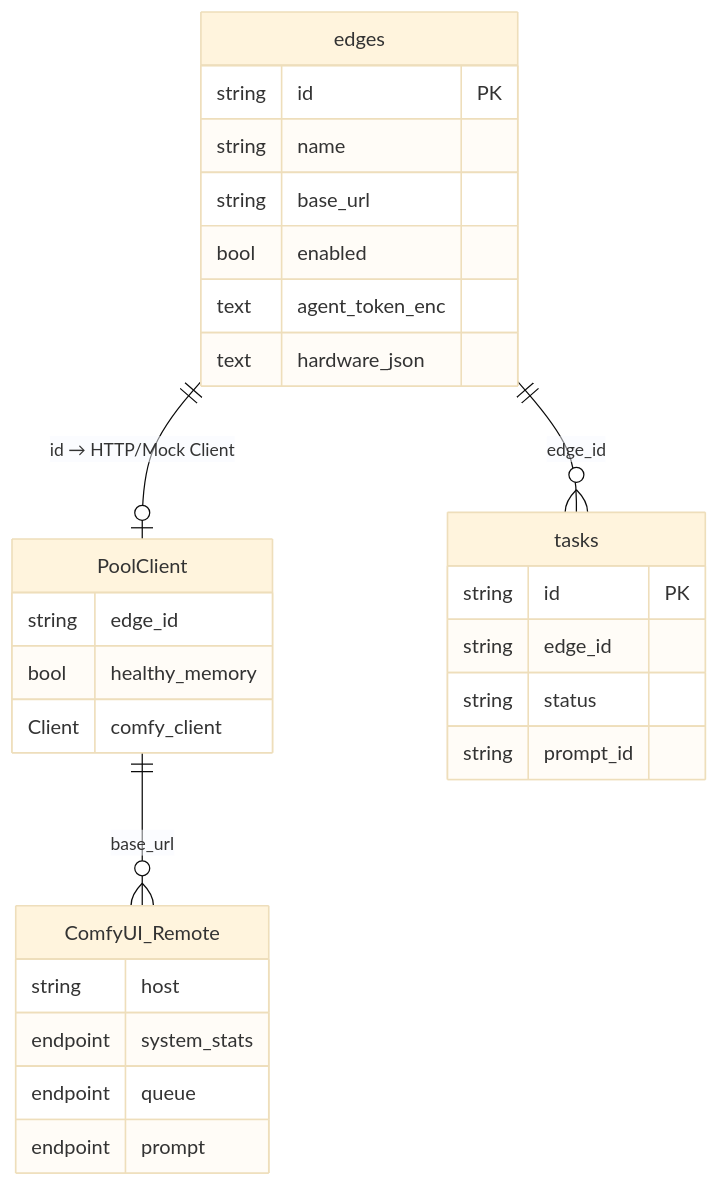
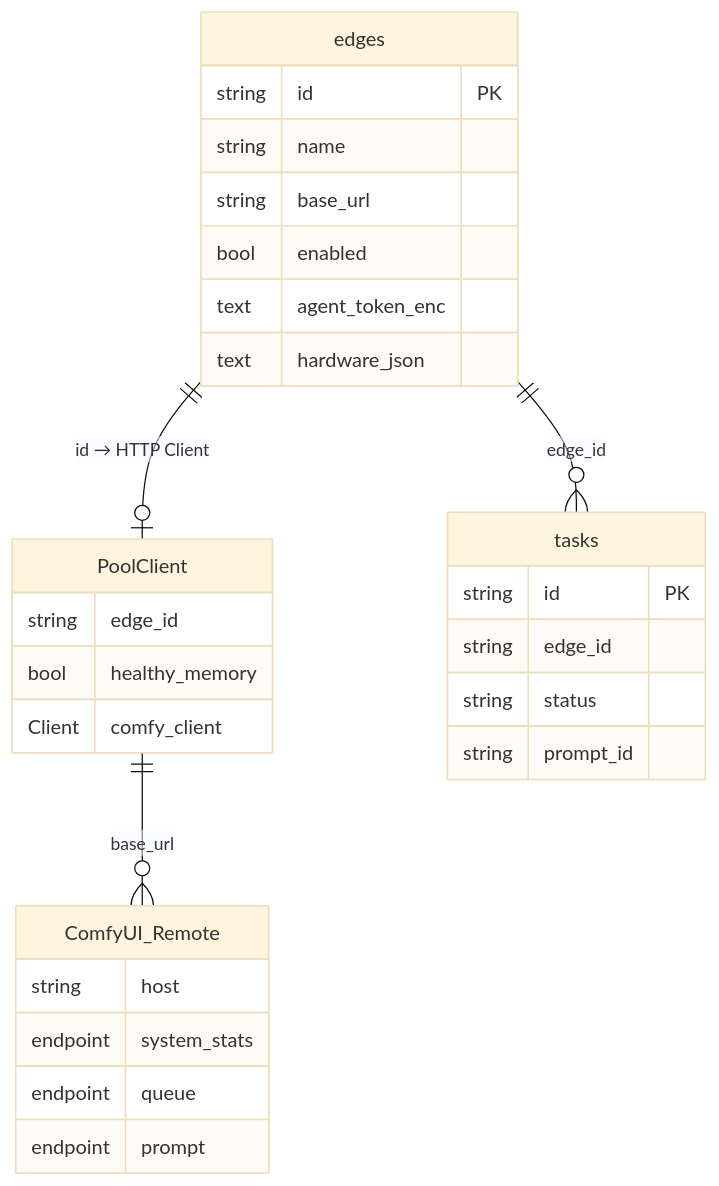
The second of 3 diagrams in docs/architecture/data-model.md (Mr9esx/Pixoma), drawn with Mermaid (base theme) before and after one commit. The commit also changed 84 other files, not shown here.

````diff
--- a/docs/architecture/data-model.md
+++ b/docs/architecture/data-model.md
@@ -370,35 +370,35 @@
 ```mermaid
 erDiagram
-  edges ||--o| PoolClient : "id → HTTP/Mock Client"
+  edges ||--o| PoolClient : "id → HTTP Client"
   edges ||--o{ tasks : "edge_id"
   PoolClient ||--o{ ComfyUI_Remote : "base_url"
 
   edges {
     string id PK
     string name
     string base_url
     bool enabled
     text agent_token_enc
     text hardware_json
   }
 
   tasks {
     string id PK
     string edge_id
     string status
     string prompt_id
   }
 
   PoolClient {
     string edge_id
     bool healthy_memory
     Client comfy_client
   }
 
   ComfyUI_Remote {
     string host
     endpoint system_stats
     endpoint queue
     endpoint prompt
   }
 ```
````
